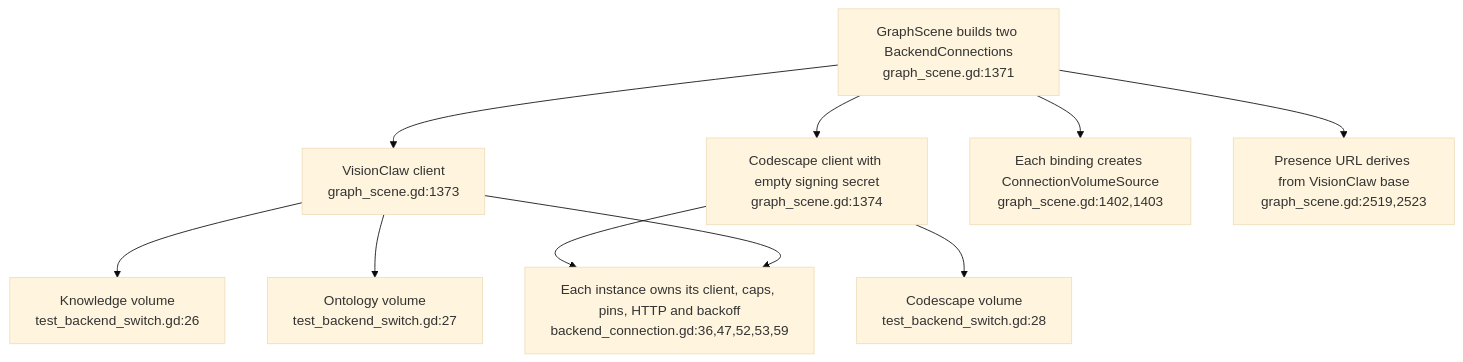
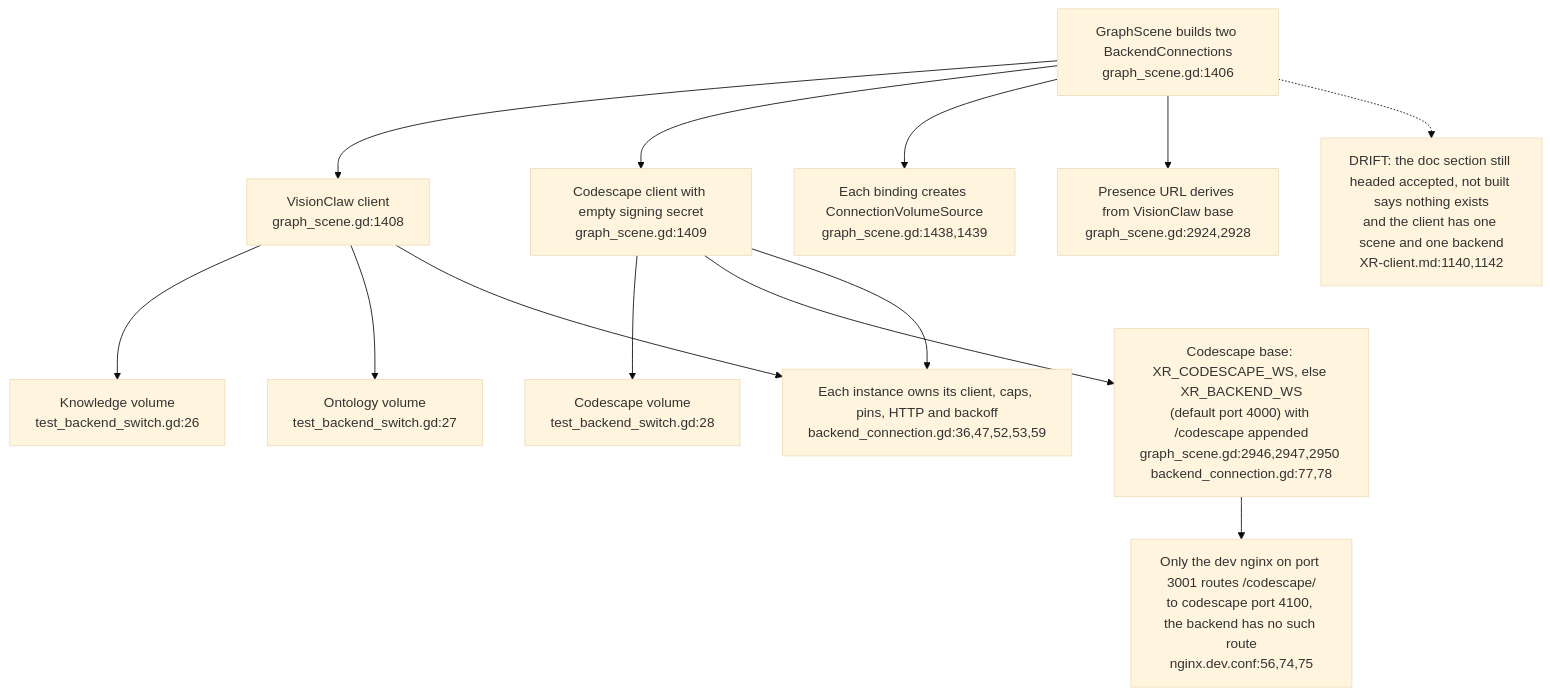
One commit to DreamLab-AI/VisionFlow changed the first of 3 diagrams in docs/diagrams/visionclaw/44-xr-concurrent-backend-connections.md. Above: the diagram before and after it, drawn with Mermaid (base theme). The commit also changed other lines of this file and 56 other files, not shown here.

First line of the commit message:
docs(diagrams): re-verify VisionClaw topics at ec785afa9, add VC-19/56/57 and the VisionClaw register

````diff
--- a/docs/diagrams/visionclaw/44-xr-concurrent-backend-connections.md
+++ b/docs/diagrams/visionclaw/44-xr-concurrent-backend-connections.md
@@ -32,12 +31,15 @@
 ```mermaid
 flowchart TD
-    SC["GraphScene builds two BackendConnections<br/>graph_scene.gd:1371"] --> VC["VisionClaw client<br/>graph_scene.gd:1373"]
-    SC --> CS["Codescape client with empty signing secret<br/>graph_scene.gd:1374"]
+    SC["GraphScene builds two BackendConnections<br/>graph_scene.gd:1406"] --> VC["VisionClaw client<br/>graph_scene.gd:1408"]
+    SC --> CS["Codescape client with empty signing secret<br/>graph_scene.gd:1409"]
     VC --> K["Knowledge volume<br/>test_backend_switch.gd:26"]
     VC --> O["Ontology volume<br/>test_backend_switch.gd:27"]
     CS --> C["Codescape volume<br/>test_backend_switch.gd:28"]
-    SC --> SRC["Each binding creates ConnectionVolumeSource<br/>graph_scene.gd:1402,1403"]
-    SC --> PR["Presence URL derives from VisionClaw base<br/>graph_scene.gd:2519,2523"]
+    SC --> SRC["Each binding creates ConnectionVolumeSource<br/>graph_scene.gd:1438,1439"]
+    SC --> PR["Presence URL derives from VisionClaw base<br/>graph_scene.gd:2924,2928"]
+    CS --> CSB["Codescape base: XR_CODESCAPE_WS, else XR_BACKEND_WS<br/>(default port 4000) with /codescape appended<br/>graph_scene.gd:2946,2947,2950 backend_connection.gd:77,78"]
+    CSB --> NGX["Only the dev nginx on port 3001 routes /codescape/<br/>to codescape port 4100, the backend has no such route<br/>nginx.dev.conf:56,74,75"]
     CS --> OWN["Each instance owns its client, caps, pins, HTTP and backoff<br/>backend_connection.gd:36,47,52,53,59"]
     VC --> OWN
+    SC -.-> D44["DRIFT: the doc section still headed accepted, not built says nothing exists<br/>and the client has one scene and one backend<br/>XR-client.md:1140,1142"]
 ```
````
